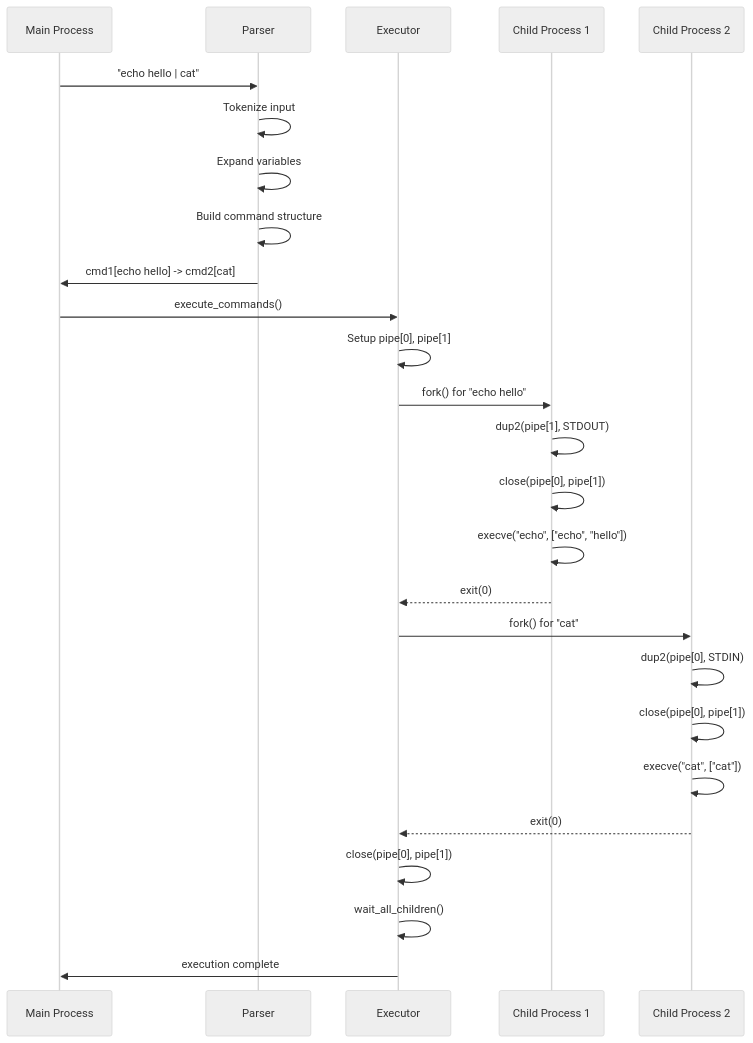
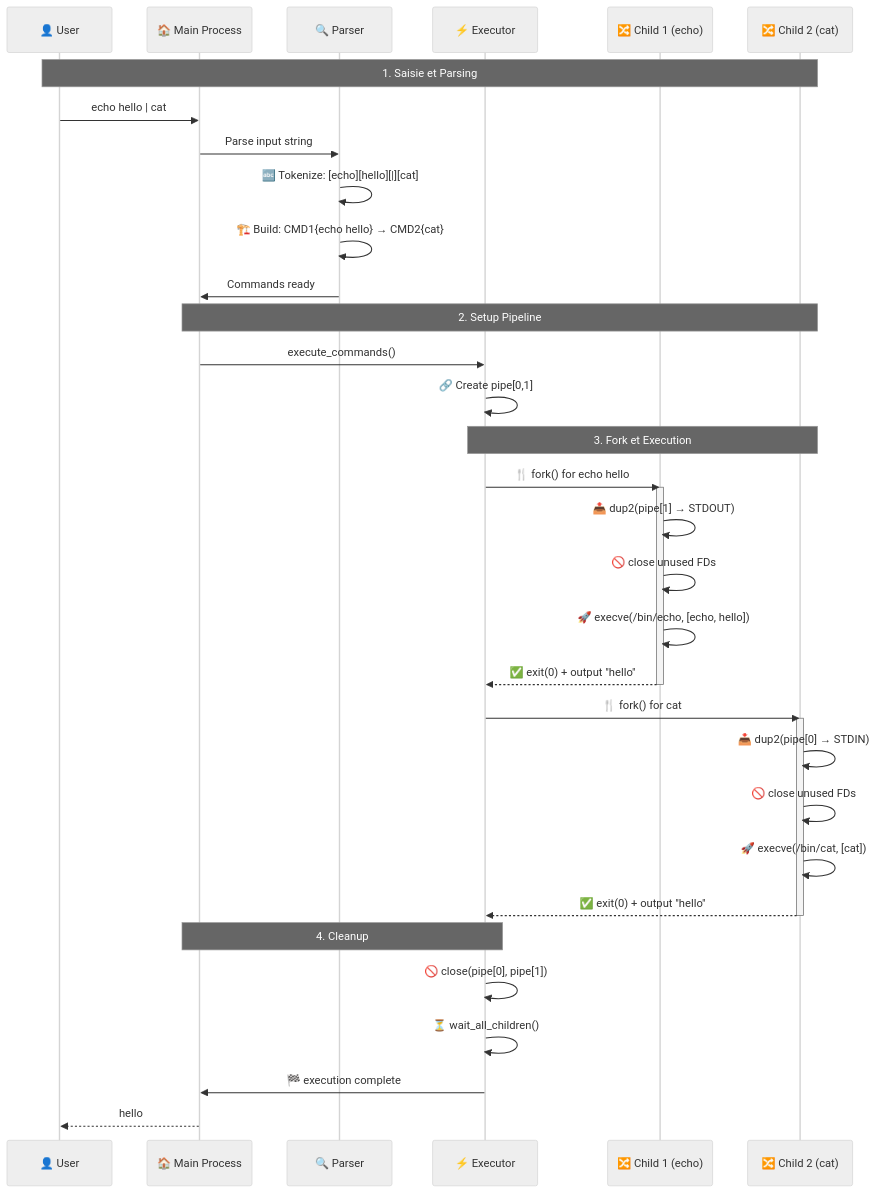
Before and after one commit to sedto/Minishell: the third of 11 diagrams in documentation/DIAGRAMS.md, drawn with Mermaid (neutral theme). The commit also changed other lines of this file and 4 other files, not shown here.

Commit message:
Some Diagrams added need more to do

````diff
--- a/documentation/DIAGRAMS.md
+++ b/documentation/DIAGRAMS.md
@@ -116,33 +130,43 @@
 ```mermaid
 sequenceDiagram
-    participant Main as Main Process
-    participant Parser as Parser
-    participant Exec as Executor
-    participant Child1 as Child Process 1
-    participant Child2 as Child Process 2
+    participant U as 👤 User
+    participant M as 🏠 Main Process
+    participant P as 🔍 Parser
+    participant E as ⚡ Executor
+    participant C1 as 🔀 Child 1 (echo)
+    participant C2 as 🔀 Child 2 (cat)
     
-    Main->>Parser: "echo hello | cat"
-    Parser->>Parser: Tokenize input
-    Parser->>Parser: Expand variables
-    Parser->>Parser: Build command structure
-    Parser->>Main: cmd1[echo hello] -> cmd2[cat]
+    Note over U,C2: 1. Saisie et Parsing
+    U->>M: echo hello | cat
+    M->>P: Parse input string
+    P->>P: 🔤 Tokenize: [echo][hello][|][cat]
+    P->>P: 🏗️ Build: CMD1{echo hello} → CMD2{cat}
+    P->>M: Commands ready
     
-    Main->>Exec: execute_commands()
-    Exec->>Exec: Setup pipe[0], pipe[1]
+    Note over M,C2: 2. Setup Pipeline
+    M->>E: execute_commands()
+    E->>E: 🔗 Create pipe[0,1]
     
-    Exec->>Child1: fork() for "echo hello"
-    Child1->>Child1: dup2(pipe[1], STDOUT)
-    Child1->>Child1: close(pipe[0], pipe[1])
-    Child1->>Child1: execve("echo", ["echo", "hello"])
-    Child1-->>Exec: exit(0)
+    Note over E,C2: 3. Fork et Execution
+    E->>C1: 🍴 fork() for echo hello
+    activate C1
+    C1->>C1: 📤 dup2(pipe[1] → STDOUT)
+    C1->>C1: 🚫 close unused FDs
+    C1->>C1: 🚀 execve(/bin/echo, [echo, hello])
+    C1-->>E: ✅ exit(0) + output "hello"
+    deactivate C1
     
-    Exec->>Child2: fork() for "cat"
-    Child2->>Child2: dup2(pipe[0], STDIN)
-    Child2->>Child2: close(pipe[0], pipe[1])
-    Child2->>Child2: execve("cat", ["cat"])
-    Child2-->>Exec: exit(0)
+    E->>C2: 🍴 fork() for cat
+    activate C2
+    C2->>C2: 📥 dup2(pipe[0] → STDIN)
+    C2->>C2: 🚫 close unused FDs
+    C2->>C2: 🚀 execve(/bin/cat, [cat])
+    C2-->>E: ✅ exit(0) + output "hello"
+    deactivate C2
     
-    Exec->>Exec: close(pipe[0], pipe[1])
-    Exec->>Exec: wait_all_children()
-    Exec->>Main: execution complete
+    Note over E,M: 4. Cleanup
+    E->>E: 🚫 close(pipe[0], pipe[1])
+    E->>E: ⏳ wait_all_children()
+    E->>M: 🏁 execution complete
+    M-->>U: hello
 ```
````
